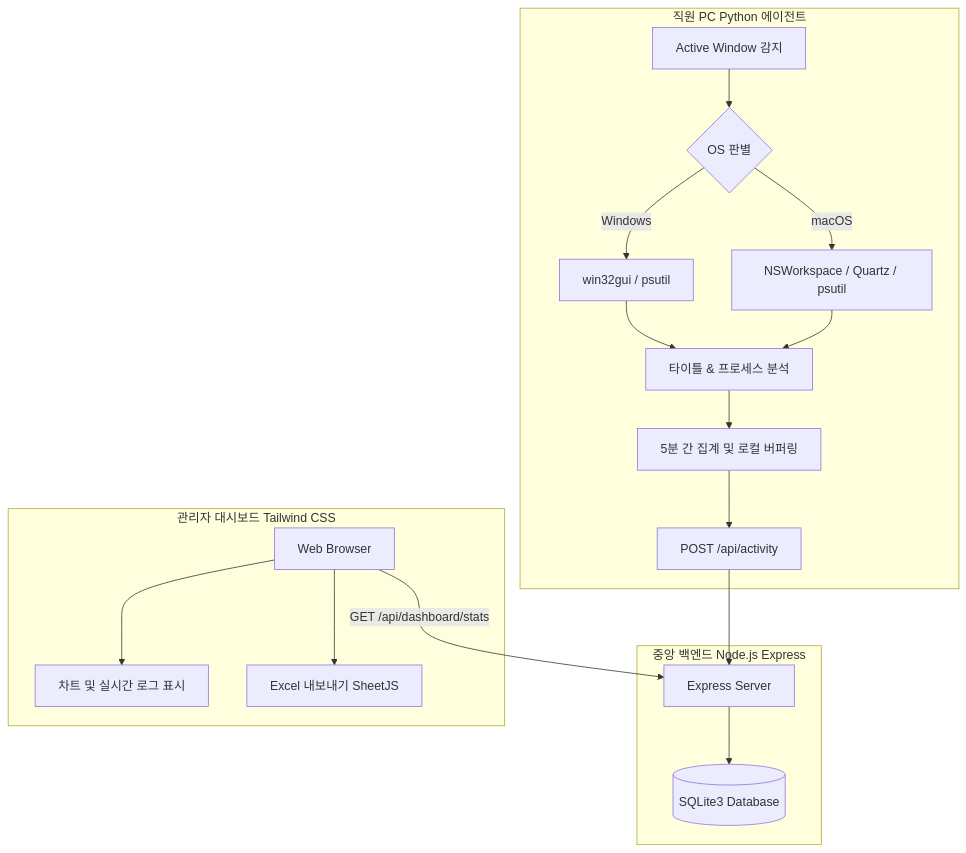
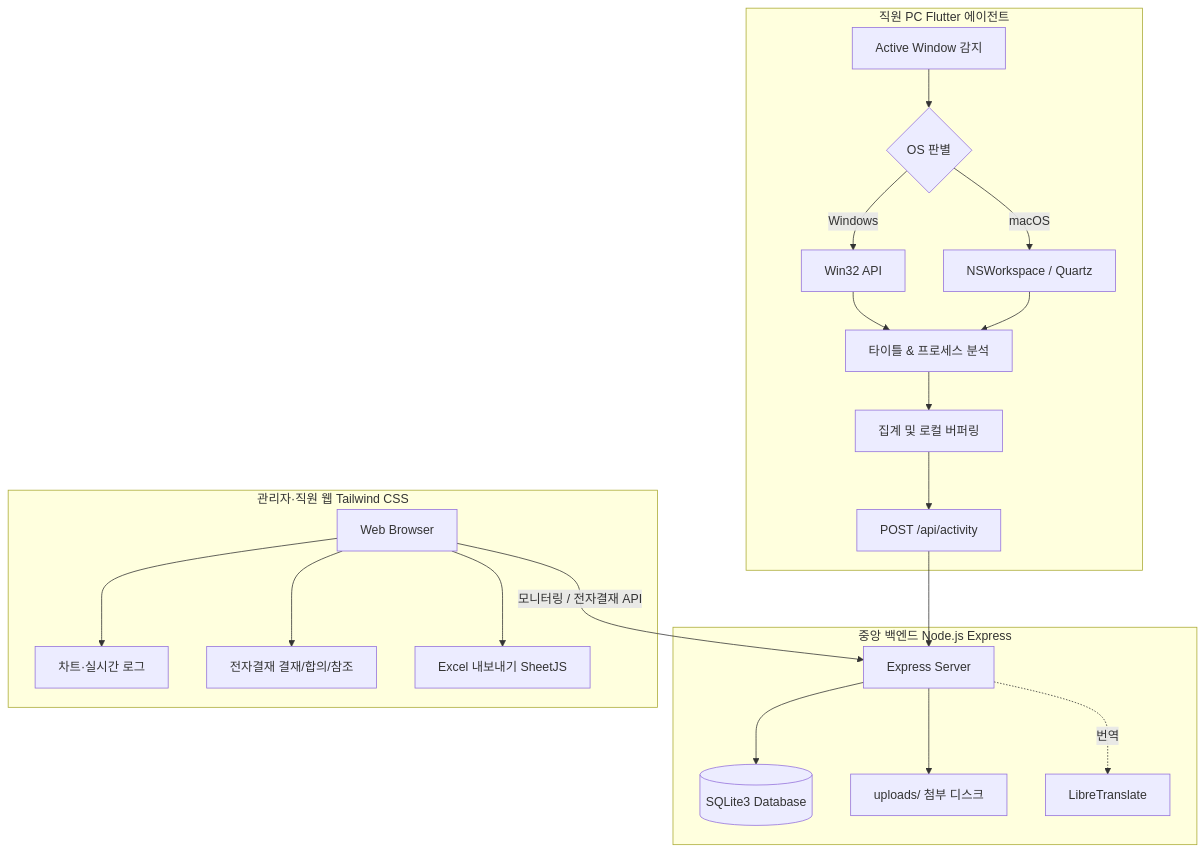
One commit to EthanJ79/Back_pc changed the diagram in README.md. Above: the diagram before and after it, drawn with Mermaid. The commit also changed other lines of this file and 74 other files, not shown here.

````diff
--- a/README.md
+++ b/README.md
@@ -9,23 +11,26 @@
 ```mermaid
 graph TD
-    subgraph Client [직원 PC Python 에이전트]
+    subgraph Client [직원 PC Flutter 에이전트]
         A[Active Window 감지] --> B{OS 판별}
-        B -->|Windows| C[win32gui / psutil]
-        B -->|macOS| D[NSWorkspace / Quartz / psutil]
+        B -->|Windows| C[Win32 API]
+        B -->|macOS| D[NSWorkspace / Quartz]
         C --> E[타이틀 & 프로세스 분석]
         D --> E
-        E --> F[5분 간 집계 및 로컬 버퍼링]
+        E --> F[집계 및 로컬 버퍼링]
         F --> G[POST /api/activity]
     end
 
     subgraph Server [중앙 백엔드 Node.js Express]
         G --> H[Express Server]
         H --> I[(SQLite3 Database)]
+        H --> N[uploads/ 첨부 디스크]
+        H -. 번역 .-> T[LibreTranslate]
     end
 
-    subgraph Dashboard [관리자 대시보드 Tailwind CSS]
-        J[Web Browser] -->|GET /api/dashboard/stats| H
-        J --> K[차트 및 실시간 로그 표시]
+    subgraph Dashboard [관리자·직원 웹 Tailwind CSS]
+        J[Web Browser] -->|모니터링 / 전자결재 API| H
+        J --> K[차트·실시간 로그]
+        J --> M[전자결재 결재/합의/참조]
         J --> L[Excel 내보내기 SheetJS]
     end
 ```
````
